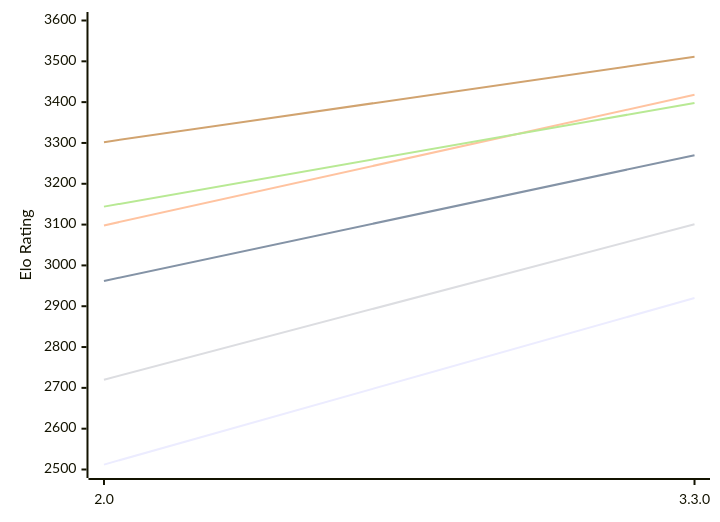
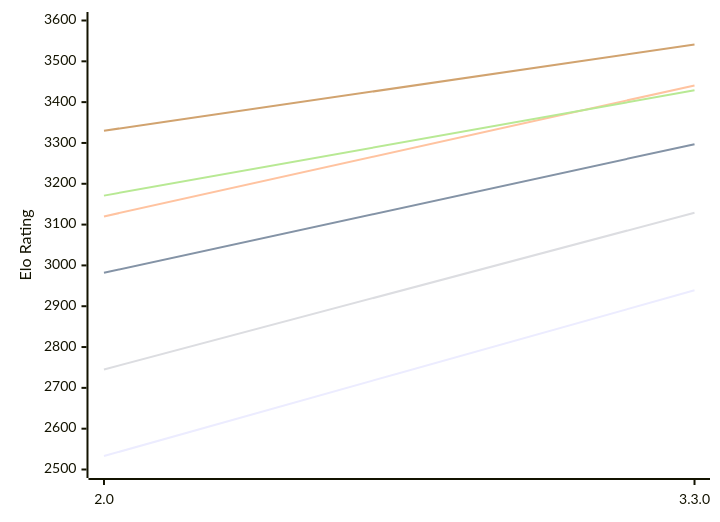
One commit to computer-chess-index/cci changed the diagram in engines/Ravager.md. Above: the diagram before and after it, drawn with Mermaid. The commit also changed other lines of this file, not shown here.

Commit message:
Update CCI Ratings (ELO VLTC) - 2026-10-20

````diff
--- a/engines/Ravager.md
+++ b/engines/Ravager.md
@@ -49,12 +49,12 @@
 ```mermaid
 %%{init: {"theme":"base","themeVariables":{"seriesColors:['#a3a3a3','#222221','#faa371']}}}%%
 xychart-beta
   x-axis ["2.0", "3.3.0"]
   y-axis "Elo Rating" 2500 --> 3600
-  line "E1: STC (8.0+0.08s)" [2512, 2920]
-  line "E1: LTC (60.0+0.60s)" [2962, 3270]
-  line "E1: VLTC (2m24s+1.12s)" [3098, 3418]
-  line "P1: STC (8.0+0.08s)" [2720, 3101]
-  line "P1: LTC (60.0+0.60s)" [3144, 3398]
-  line "P1: VLTC (2m24s+1.12s)" [3302, 3511]
+  line "E1: STC (8.0+0.08s)" [2533, 2939]
+  line "E1: LTC (60.0+0.60s)" [2982, 3297]
+  line "E1: VLTC (2m24s+1.12s)" [3120, 3441]
+  line "P1: STC (8.0+0.08s)" [2745, 3129]
+  line "P1: LTC (60.0+0.60s)" [3171, 3429]
+  line "P1: VLTC (2m24s+1.12s)" [3330, 3541]
 ```
````
